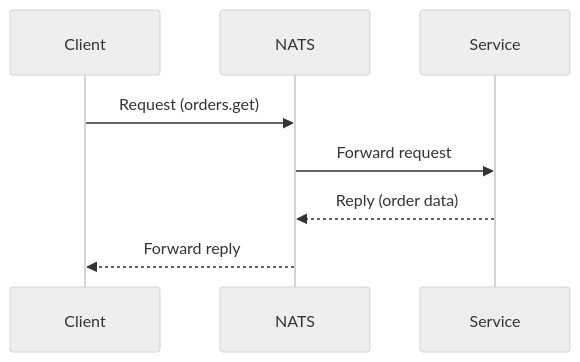
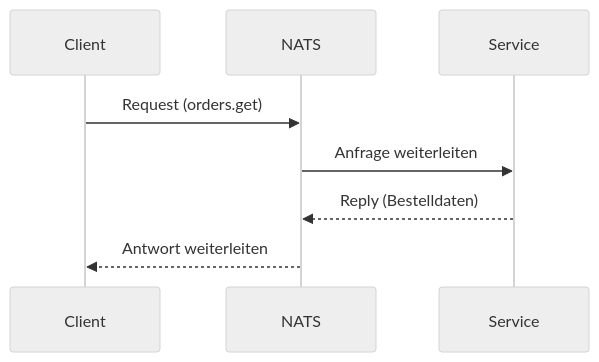
The fourth of 4 diagrams in i18n/de/docusaurus-plugin-content-docs/current/services/messaging/nats/concepts.md (HidoraSwiss/hikube-public-doc), drawn with Mermaid (neutral theme) before and after one commit. The commit also changed other lines of this file and 148 other files, not shown here.

````diff
--- a/i18n/de/docusaurus-plugin-content-docs/current/services/messaging/nats/concepts.md
+++ b/i18n/de/docusaurus-plugin-content-docs/current/services/messaging/nats/concepts.md
@@ -100,11 +96,11 @@
 ```mermaid
 sequenceDiagram
     participant Client
     participant NATS
     participant Service
 
     Client->>NATS: Request (orders.get)
-    NATS->>Service: Forward request
-    Service-->>NATS: Reply (order data)
-    NATS-->>Client: Forward reply
+    NATS->>Service: Anfrage weiterleiten
+    Service-->>NATS: Reply (Bestelldaten)
+    NATS-->>Client: Antwort weiterleiten
 ```
````
